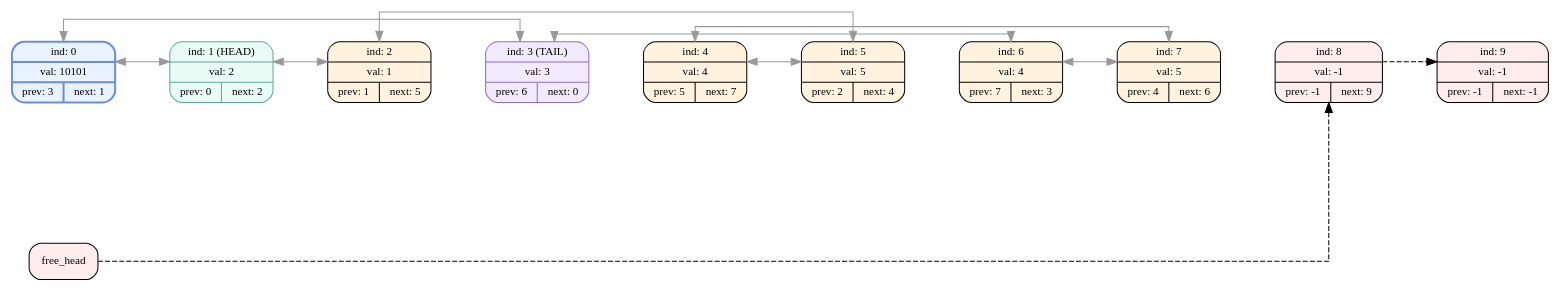
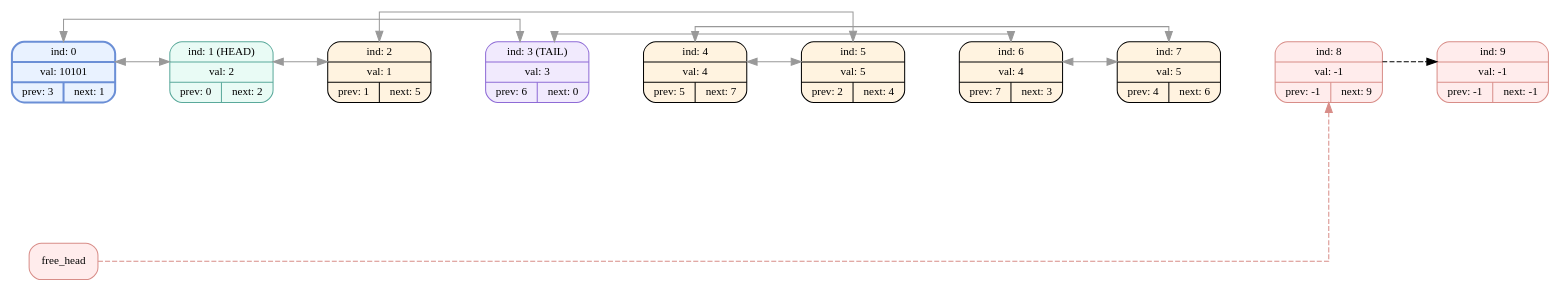
One commit to EvilTomato9890/DEAD_List changed the diagram in dumps/dump_000.dot. Above: the diagram before and after it, drawn with Graphviz. The commit also changed 23 other files, not shown here.

```diff
--- a/dumps/dump_000.dot
+++ b/dumps/dump_000.dot
@@ -1,37 +1,37 @@
 digraph G{
   rankdir=LR;
   splines=ortho;
   nodesep=0.9;
   ranksep=0.75;
   node [fontname="Fira Mono",shape=record,style="filled,rounded",fontsize=11];
   node_0[shape=record,label="ind: 0 | val: 10101 | { prev: 3 | next: 1 }",color="#6b8fd6",style="filled,bold,rounded",fillcolor="#e9f2ff"];
   node_1[shape=record,label=" ind: 1 (HEAD) | val: 2 | { prev: 0 | next: 2 } ",color="#5aa99b",fillcolor="#e9fbf5"];
   node_2[shape=record,label=" ind: 2 | val: 1 | { prev: 1 | next: 5 } ",color="#000000",fillcolor="#fff3e0"];
   node_3[shape=record,label=" ind: 3 (TAIL) | val: 3 | { prev: 6 | next: 0 } ",color="#8e6bd6",fillcolor="#f1eafd"];
   node_4[shape=record,label=" ind: 4 | val: 4 | { prev: 5 | next: 7 } ",color="#000000",fillcolor="#fff3e0"];
   node_5[shape=record,label=" ind: 5 | val: 5 | { prev: 2 | next: 4 } ",color="#000000",fillcolor="#fff3e0"];
   node_6[shape=record,label=" ind: 6 | val: 4 | { prev: 7 | next: 3 } ",color="#000000",fillcolor="#fff3e0"];
   node_7[shape=record,label=" ind: 7 | val: 5 | { prev: 4 | next: 6 } ",color="#000000",fillcolor="#fff3e0"];
-  node_8[shape=record,label=" ind: 8 | val: -1 | { prev: -1 | next: 9 } ",style="filled,rounded",color="#d88",fillcolor="#ffecec"];
-  node_9[shape=record,label=" ind: 9 | val: -1 | { prev: -1 | next: -1 } ",style="filled,rounded",color="#d88",fillcolor="#ffecec"];
+  node_8[shape=record,label=" ind: 8 | val: -1 | { prev: -1 | next: 9 } ",style="filled,rounded",color="#d88d88",fillcolor="#ffecec"];
+  node_9[shape=record,label=" ind: 9 | val: -1 | { prev: -1 | next: -1 } ",style="filled,rounded",color="#d88d88",fillcolor="#ffecec"];
   node_0 -> node_1 [weight=1000,style=invis];
   node_1 -> node_2 [weight=1000,style=invis];
   node_2 -> node_3 [weight=1000,style=invis];
   node_3 -> node_4 [weight=1000,style=invis];
   node_4 -> node_5 [weight=1000,style=invis];
   node_5 -> node_6 [weight=1000,style=invis];
   node_6 -> node_7 [weight=1000,style=invis];
   node_7 -> node_8 [weight=1000,style=invis];
   node_8 -> node_9 [weight=1000,style=invis];
-  node_8 -> node_9 [color="#d88", style=dashed, constraint=false];
+  node_8 -> node_9 [color="d66d66", style=dashed, constraint=false];
   node_0 -> node_1 [dir=both, color="#999999", constraint=false];
   node_1 -> node_2 [dir=both, color="#999999", constraint=false];
   node_2 -> node_5 [dir=both, color="#999999", constraint=false];
   node_3 -> node_0 [dir=both, color="#999999", constraint=false];
   node_4 -> node_7 [dir=both, color="#999999", constraint=false];
   node_5 -> node_4 [dir=both, color="#999999", constraint=false];
   node_6 -> node_3 [dir=both, color="#999999", constraint=false];
   node_7 -> node_6 [dir=both, color="#999999", constraint=false];
-  node_free [label=free_head,color="#d88",shape=rectangle,style="filled,rounded",fillcolor="#ffecec"];
-  node_free -> node_8 [color="#d88", style=dashed, constraint=false];
+  node_free [label=free_head,color="#d88d88",shape=rectangle,style="filled,rounded",fillcolor="#ffecec"];
+  node_free -> node_8 [color="#d88d88", style=dashed, constraint=false];
 }
```
